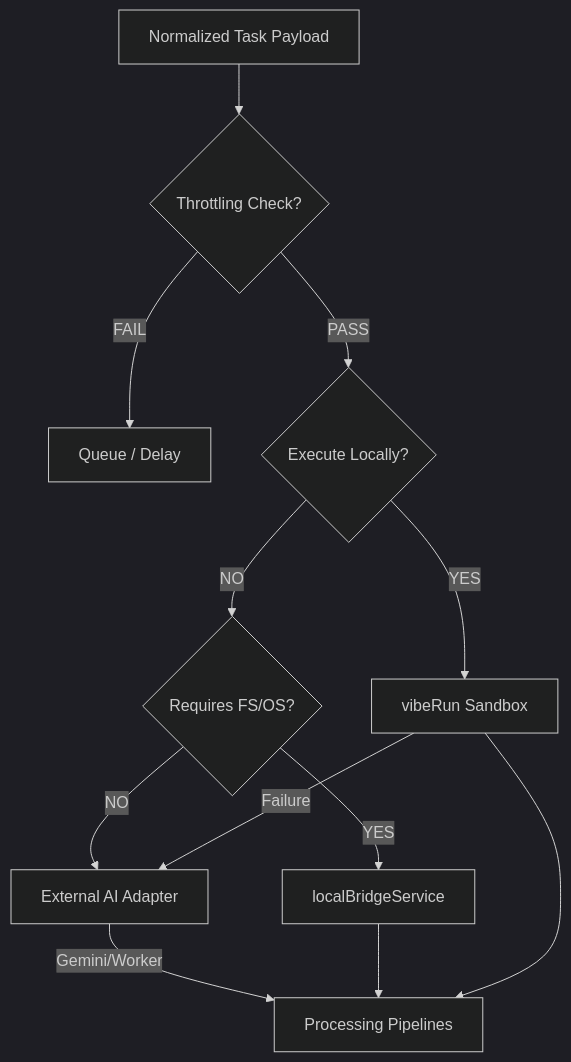
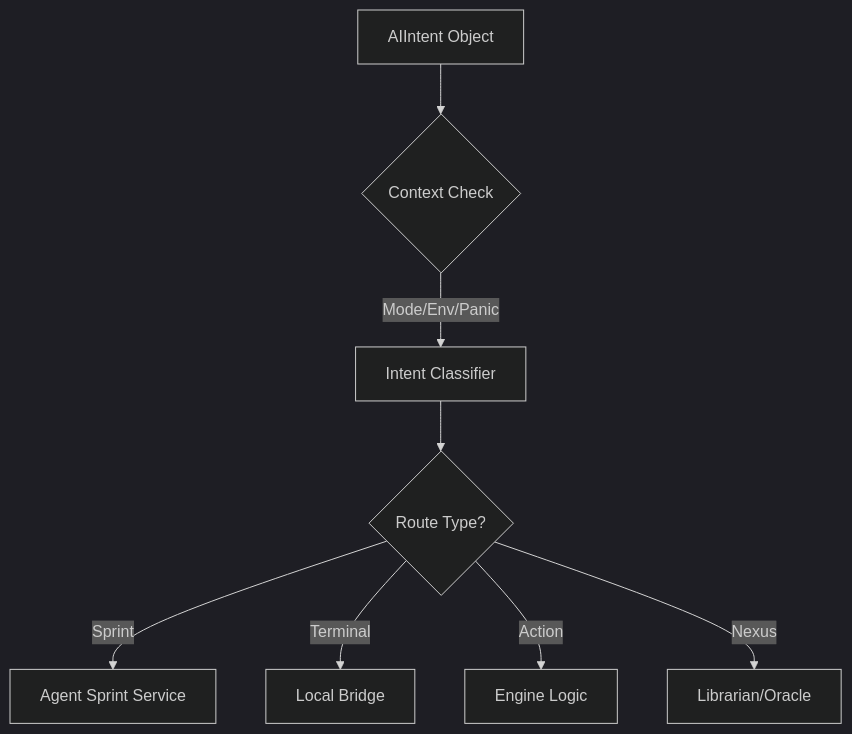
The second of 4 diagrams in architecture.md (Kbro1989/Willow-AI-Coding-Playground), drawn with Mermaid (dark theme) before and after one commit. The commit also changed other lines of this file and 113 other files, not shown here.

````diff
--- a/architecture.md
+++ b/architecture.md
@@ -38,17 +39,11 @@
 ```mermaid
 flowchart TD
-    Input[Normalized Task Payload] --> Throttling{Throttling Check?}
-    Throttling -- FAIL --> Delay[Queue / Delay]
-    Throttling -- PASS --> LocCheck{Execute Locally?}
+    Input[AIIntent Object] --> Context{Context Check}
+    Context -- Mode/Env/Panic --> Classifier[Intent Classifier]
+    Classifier --> Type{Route Type?}
     
-    LocCheck -- YES --> vibeRun[vibeRun Sandbox]
-    LocCheck -- NO --> RemCheck{Requires FS/OS?}
-    
-    RemCheck -- YES --> Bridge[localBridgeService]
-    RemCheck -- NO --> AI[External AI Adapter]
-    
-    vibeRun -- Failure --> AI
-    AI -- Gemini/Worker --> Process[Processing Pipelines]
-    Bridge --> Process
-    vibeRun --> Process
+    Type -- Sprint --> Sprint[Agent Sprint Service]
+    Type -- Terminal --> Term[Local Bridge]
+    Type -- Action --> Actions[Engine Logic]
+    Type -- Nexus --> Specialist[Librarian/Oracle]
 ```
````
